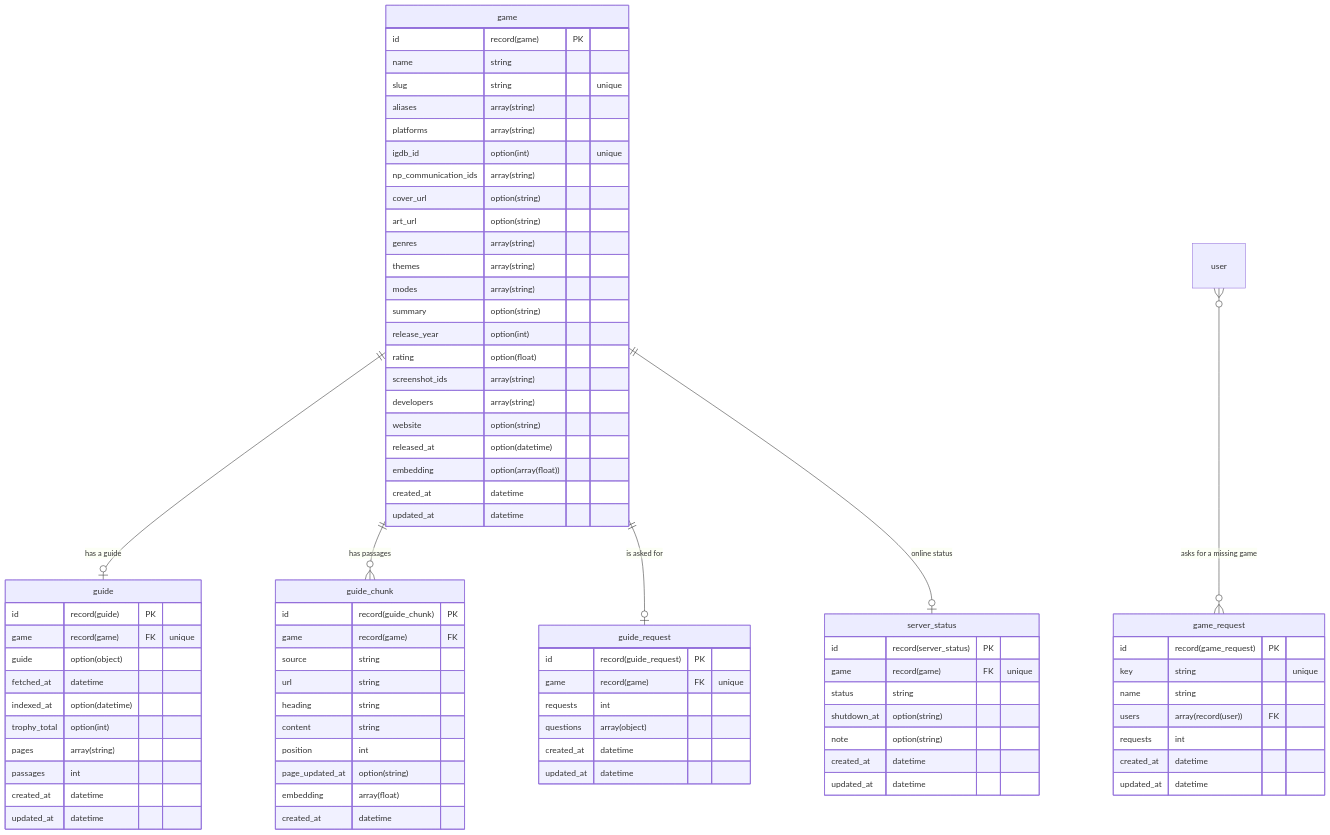
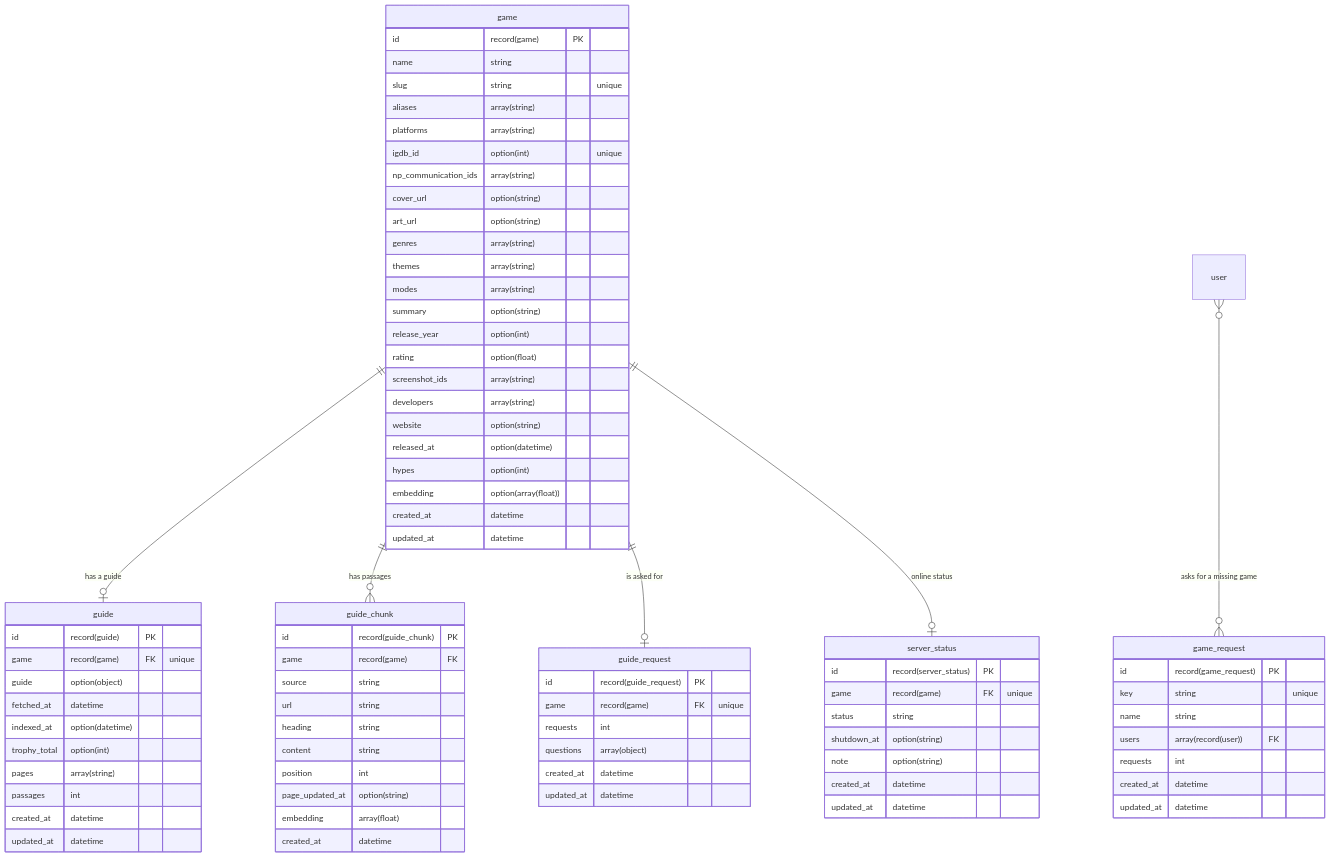
The fourth of 5 diagrams in docs/database.md (renatoaug/platjourney), drawn with Mermaid before and after one commit. The commit also changed other lines of this file and 21 other files, not shown here.

```diff
--- a/docs/database.md
+++ b/docs/database.md
@@ -232,6 +232,7 @@
         developers array(string)
         website option(string)
         released_at option(datetime)
+        hypes option(int)
         embedding option(array(float))
         created_at datetime
         updated_at datetime
```
